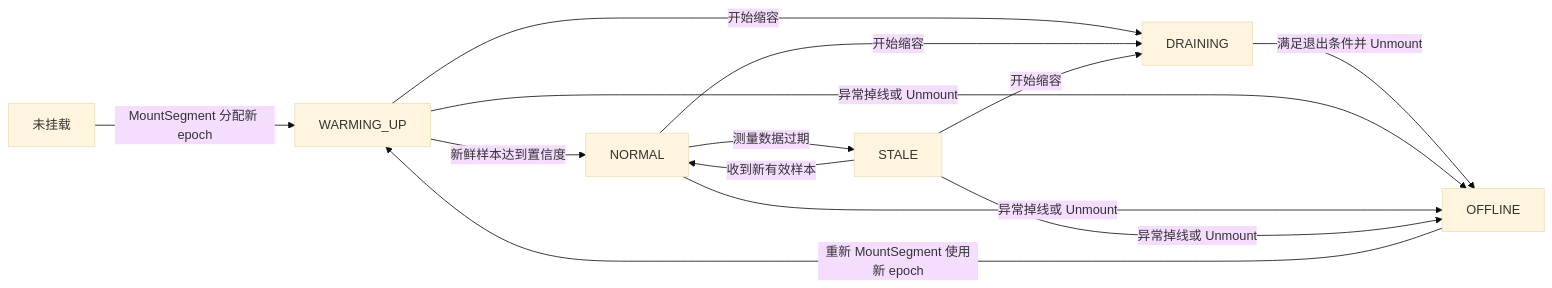
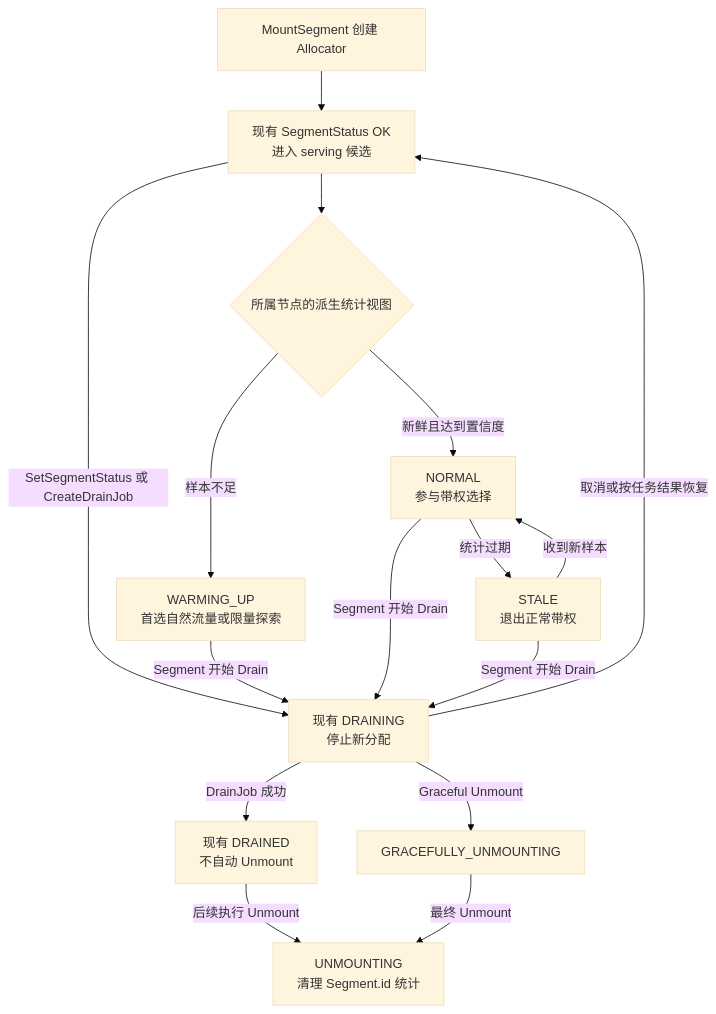
The eighth of 10 diagrams in analyze/mooncake-store-node-level-scheduling.md (ma-xiang/Mooncake), drawn with Mermaid (base theme) before and after one commit. The commit also changed other lines of this file, not shown here.

````diff
--- a/analyze/mooncake-store-node-level-scheduling.md
+++ b/analyze/mooncake-store-node-level-scheduling.md
@@ -422,15 +428,19 @@
 ```mermaid
-flowchart LR
-    A[未挂载] -->|MountSegment 分配新 epoch| B[WARMING_UP]
-    B -->|新鲜样本达到置信度| C[NORMAL]
-    C -->|测量数据过期| D[STALE]
-    D -->|收到新有效样本| C
-    B -->|开始缩容| E[DRAINING]
-    C -->|开始缩容| E
-    D -->|开始缩容| E
-    E -->|满足退出条件并 Unmount| F[OFFLINE]
-    B -->|异常掉线或 Unmount| F
-    C -->|异常掉线或 Unmount| F
-    D -->|异常掉线或 Unmount| F
-    F -->|重新 MountSegment 使用新 epoch| B
+flowchart TD
+    A[MountSegment 创建 Allocator] --> B[现有 SegmentStatus OK<br/>进入 serving 候选]
+    B --> C{所属节点的派生统计视图}
+    C -->|样本不足| D[WARMING_UP<br/>首选自然流量或限量探索]
+    C -->|新鲜且达到置信度| E[NORMAL<br/>参与带权选择]
+    E -->|统计过期| F[STALE<br/>退出正常带权]
+    F -->|收到新样本| E
+
+    B -->|SetSegmentStatus 或 CreateDrainJob| G[现有 DRAINING<br/>停止新分配]
+    D -->|Segment 开始 Drain| G
+    E -->|Segment 开始 Drain| G
+    F -->|Segment 开始 Drain| G
+    G -->|取消或按任务结果恢复| B
+    G -->|DrainJob 成功| H[现有 DRAINED<br/>不自动 Unmount]
+    G -->|Graceful Unmount| I[GRACEFULLY_UNMOUNTING]
+    H -->|后续执行 Unmount| J[UNMOUNTING<br/>清理 Segment.id 统计]
+    I -->|最终 Unmount| J
 ```
````
